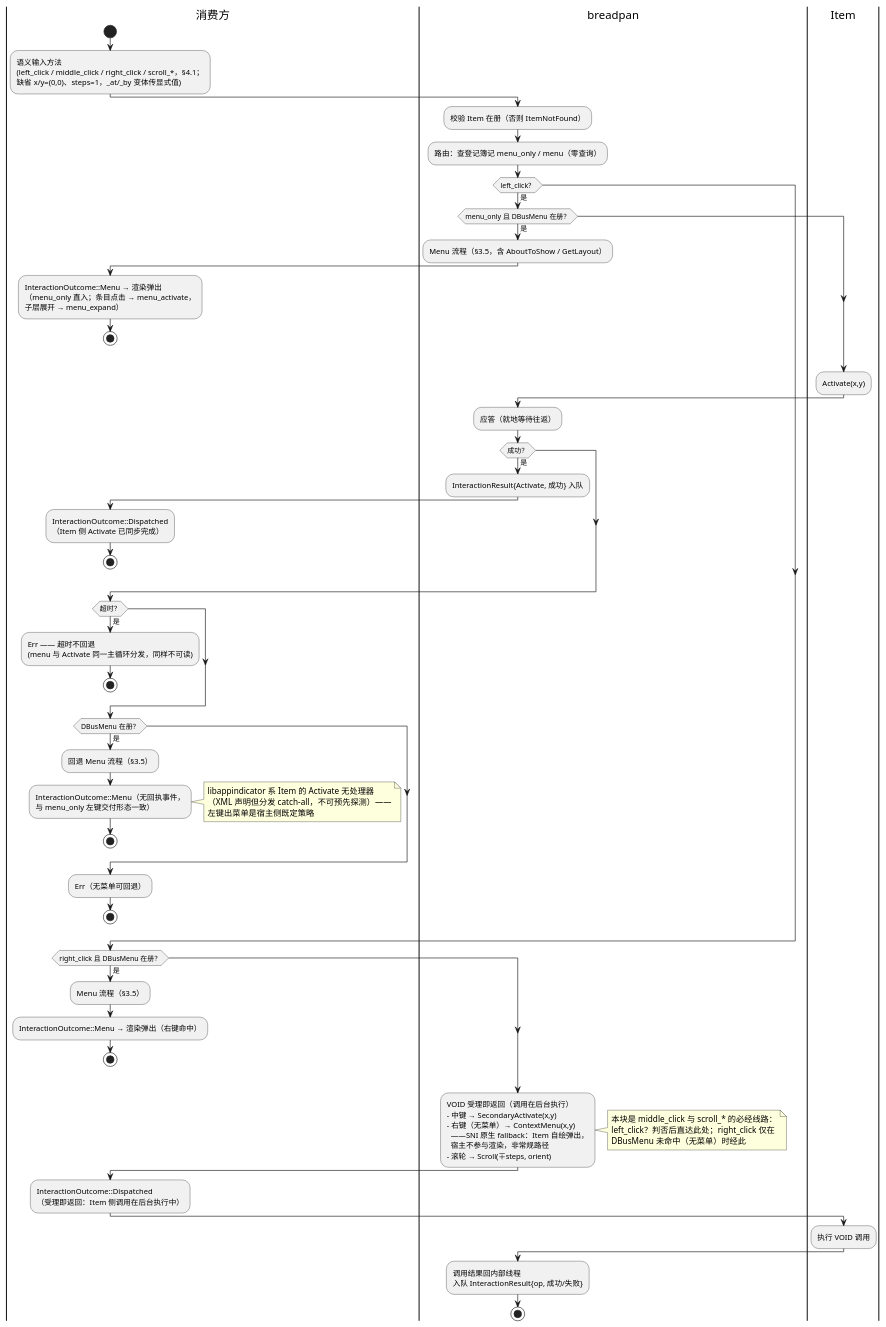
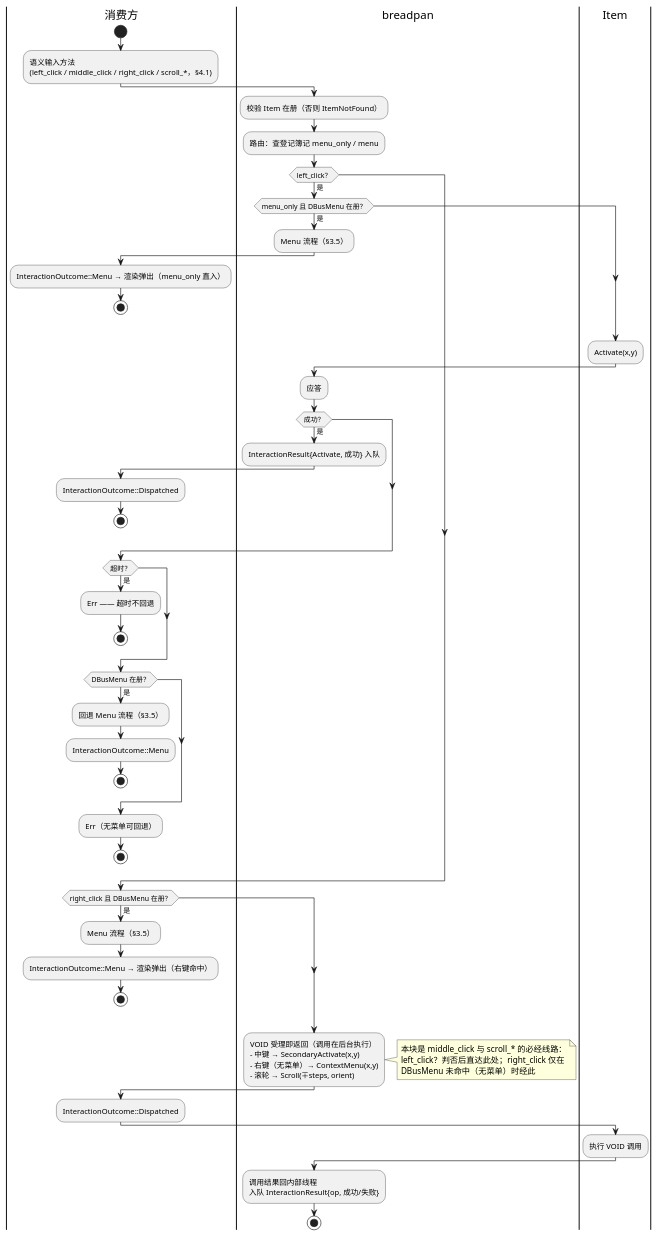
The diagram in breadpan/diagram/breadpan-input-routing.puml (54m43lJ/BreadKnife), drawn with PlantUML before and after one commit. The commit also changed 10 other files, not shown here.

First line of the commit message:
docs(breadpan): CODE 通用约定章置空（引用改链 ARCHITECTURE §2）；五图与 ARCH 正文去重并重导出

```diff
--- a/breadpan/diagram/breadpan-input-routing.puml
+++ b/breadpan/diagram/breadpan-input-routing.puml
@@ -1,79 +1,65 @@
 @startuml breadpan-input-routing
 |消费方|
 start
 :语义输入方法
-(left_click / middle_click / right_click / scroll_*，§4.1；
-缺省 x/y=(0,0)、steps=1，_at/_by 变体传显式值);
+(left_click / middle_click / right_click / scroll_*，§4.1);
 |breadpan|
 :校验 Item 在册（否则 ItemNotFound）;
-:路由：查登记簿记 menu_only / menu（零查询）;
+:路由：查登记簿记 menu_only / menu;
 if (left_click？) then (是)
   if (menu_only 且 DBusMenu 在册？) then (是)
-    :Menu 流程（§3.5，含 AboutToShow / GetLayout）;
+    :Menu 流程（§3.5）;
     |消费方|
-    :InteractionOutcome::Menu → 渲染弹出
-    （menu_only 直入；条目点击 → menu_activate，
-    子层展开 → menu_expand）;
+    :InteractionOutcome::Menu → 渲染弹出（menu_only 直入）;
     stop
   endif
   |Item|
   :Activate(x,y);
   |breadpan|
-  :应答（就地等待往返）;
+  :应答;
   if (成功？) then (是)
     :InteractionResult{Activate, 成功} 入队;
     |消费方|
-    :InteractionOutcome::Dispatched
-    （Item 侧 Activate 已同步完成）;
+    :InteractionOutcome::Dispatched;
     stop
   endif
   if (超时？) then (是)
     |消费方|
-    :Err —— 超时不回退
-    (menu 与 Activate 同一主循环分发，同样不可读);
+    :Err —— 超时不回退;
     stop
   endif
   if (DBusMenu 在册？) then (是)
     :回退 Menu 流程（§3.5）;
     |消费方|
-    :InteractionOutcome::Menu（无回执事件，
-    与 menu_only 左键交付形态一致）;
-    note right
-      libappindicator 系 Item 的 Activate 无处理器
-      （XML 声明但分发 catch-all，不可预先探测）——
-      左键出菜单是宿主侧既定策略
-    end note
+    :InteractionOutcome::Menu;
     stop
   endif
   |消费方|
   :Err（无菜单可回退）;
   stop
 endif
 if (right_click 且 DBusMenu 在册？) then (是)
   :Menu 流程（§3.5）;
   |消费方|
   :InteractionOutcome::Menu → 渲染弹出（右键命中）;
   stop
 endif
 |breadpan|
 :VOID 受理即返回（调用在后台执行）
 - 中键 → SecondaryActivate(x,y)
 - 右键（无菜单）→ ContextMenu(x,y)
-  ——SNI 原生 fallback：Item 自绘弹出，
-  宿主不参与渲染，非常规路径
 - 滚轮 → Scroll(∓steps, orient);
 note right
   本块是 middle_click 与 scroll_* 的必经线路：
   left_click？判否后直达此处；right_click 仅在
   DBusMenu 未命中（无菜单）时经此
 end note
 |消费方|
-:InteractionOutcome::Dispatched
-（受理即返回：Item 侧调用在后台执行中）;
+:InteractionOutcome::Dispatched;
 |Item|
 :执行 VOID 调用;
 |breadpan|
 :调用结果回内部线程
 入队 InteractionResult{op, 成功/失败};
 stop
 @enduml
```
